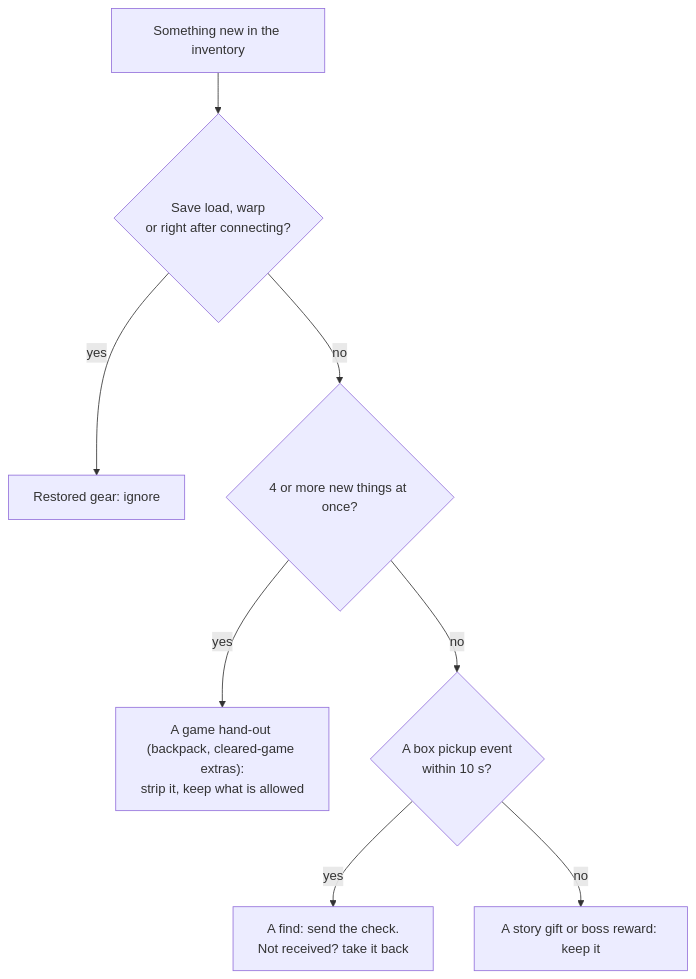
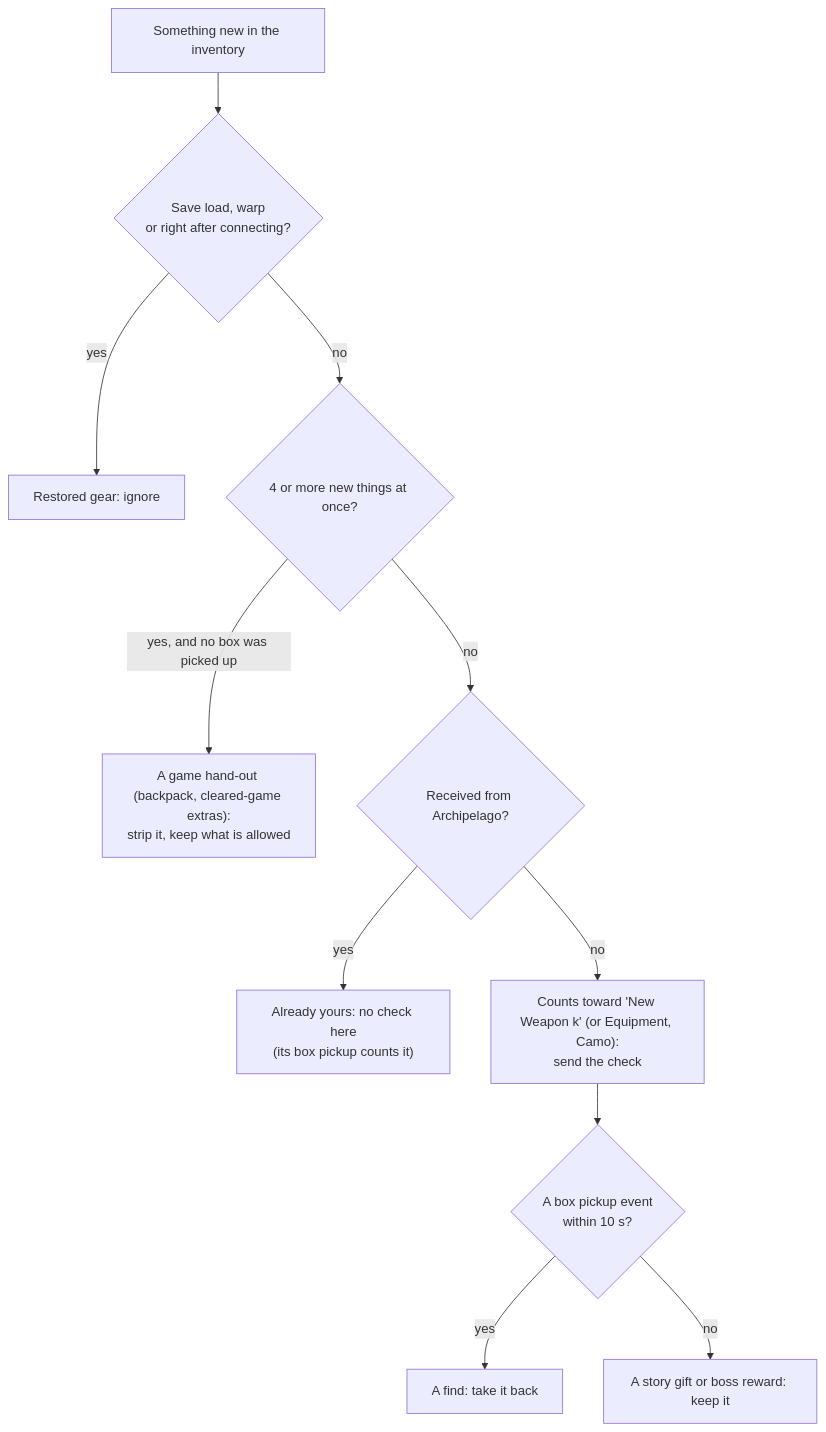
Before and after one commit to jarich-b/MGSDeltaAP: the second of 2 diagrams in docs/game-research.md, drawn with Mermaid. The commit also changed other lines of this file and 4 other files, not shown here.

First line of the commit message:
Review fixes: graphs, wording, README alert, cheaper inventory writes

````diff
--- a/docs/game-research.md
+++ b/docs/game-research.md
@@ -74,10 +77,13 @@
 ```mermaid
 flowchart TD
     A["Something new in the inventory"] --> B{"Save load, warp<br/>or right after connecting?"}
     B -- yes --> R["Restored gear: ignore"]
     B -- no --> C{"4 or more new things at once?"}
-    C -- yes --> H["A game hand-out (backpack, cleared-game extras):<br/>strip it, keep what is allowed"]
-    C -- no --> D{"A box pickup event<br/>within 10 s?"}
-    D -- yes --> F["A find: send the check.<br/>Not received? take it back"]
+    C -- "yes, and no box was picked up" --> H["A game hand-out (backpack, cleared-game extras):<br/>strip it, keep what is allowed"]
+    C -- no --> N{"Received from Archipelago?"}
+    N -- yes --> K["Already yours: no check here<br/>(its box pickup counts it)"]
+    N -- no --> S["Counts toward 'New Weapon k' (or Equipment, Camo):<br/>send the check"]
+    S --> D{"A box pickup event<br/>within 10 s?"}
+    D -- yes --> F["A find: take it back"]
     D -- no --> G["A story gift or boss reward: keep it"]
 ```
````
